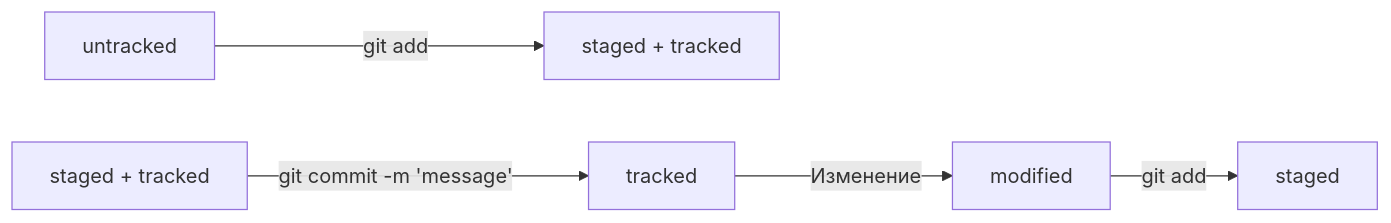
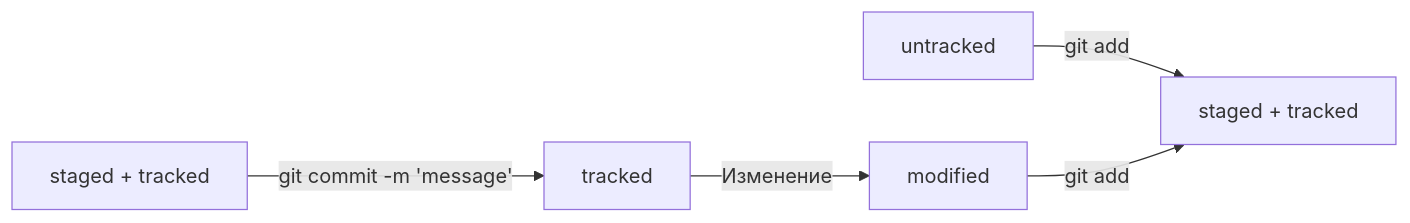
One commit to OlyaMoiseeva/serious-engineering changed the third of 3 diagrams in README.md. Above: the diagram before and after it, drawn with Mermaid.

Commit message:
testing mermaid in readme file

````diff
--- a/README.md
+++ b/README.md
@@ -50,7 +50,7 @@
 ```mermaid
 graph LR;
   untracked -- "git add" --> B["staged + tracked"];
   A["staged + tracked"] -- "git commit -m 'message'" --> tracked;
   tracked -- "Изменение" --> modified;
-  modified -- "git add" --> staged;
+  modified -- "git add" --> B["staged + tracked"];
 ```
````
